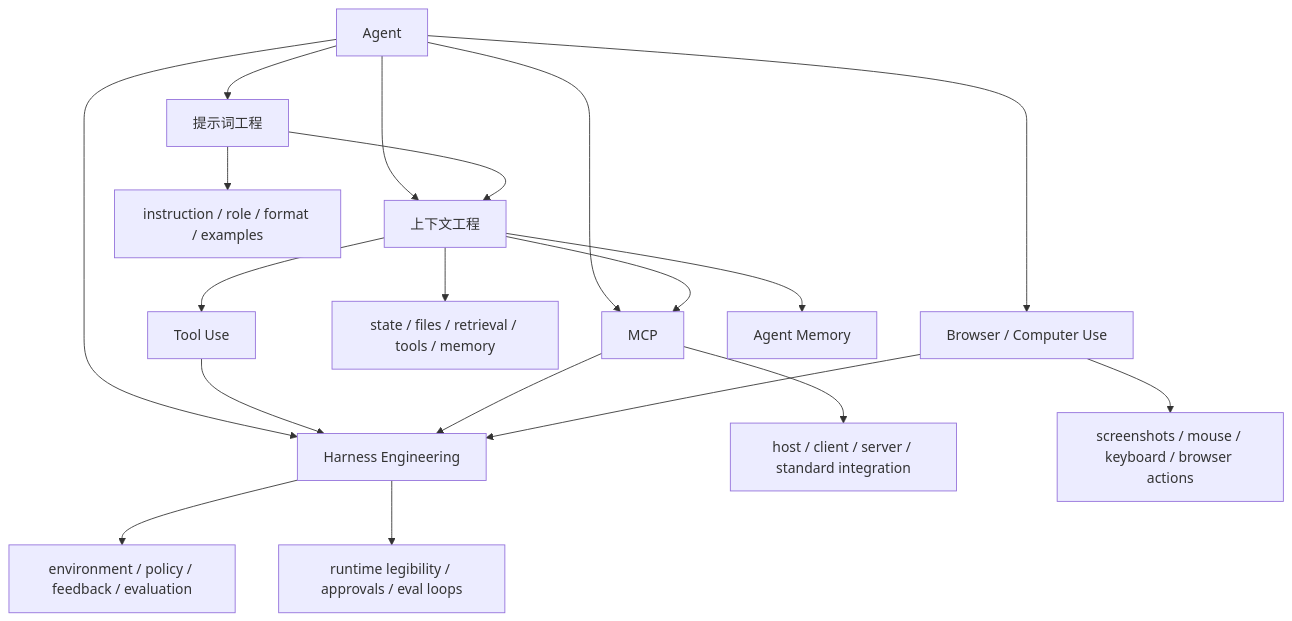
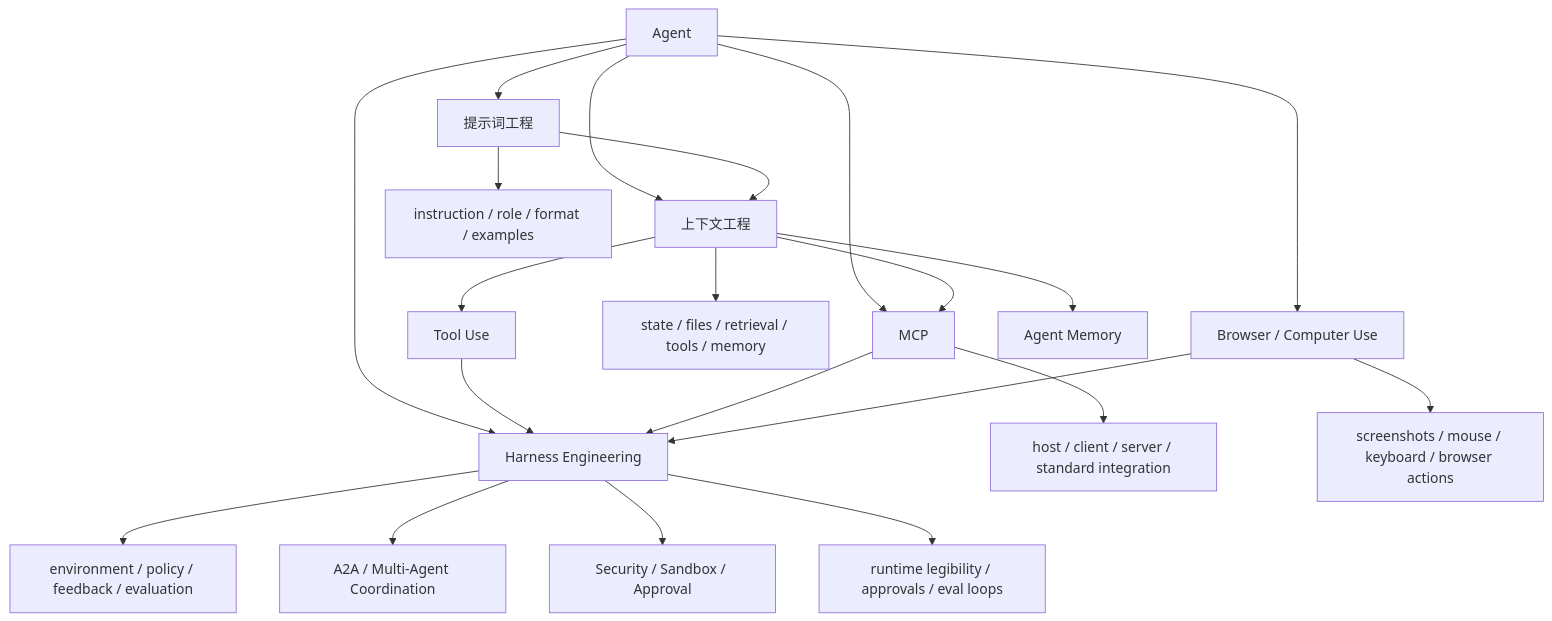
One commit to superliyang/tony-2026 changed the diagram in 01-Areas/AI-Learning/07-Maps/Agent Prompt-Context-Harness Map.md. Above: the diagram before and after it, drawn with Mermaid. The commit also changed other lines of this file and 22 other files, not shown here.

Commit message:
Complete first-pass AI agent architecture system

````diff
--- a/01-Areas/AI-Learning/07-Maps/Agent Prompt-Context-Harness Map.md
+++ b/01-Areas/AI-Learning/07-Maps/Agent Prompt-Context-Harness Map.md
@@ -15,23 +15,25 @@
 ```mermaid
 flowchart TD
   A["Agent"] --> P["提示词工程"]
   A --> C["上下文工程"]
   A --> M["MCP"]
   A --> B["Browser / Computer Use"]
   A --> H["Harness Engineering"]
 
   P --> P1["instruction / role / format / examples"]
   C --> C1["state / files / retrieval / tools / memory"]
   M --> M1["host / client / server / standard integration"]
   B --> B1["screenshots / mouse / keyboard / browser actions"]
   H --> H1["environment / policy / feedback / evaluation"]
 
   P --> C
   C --> M
   C --> T["Tool Use"]
   C --> AM["Agent Memory"]
   T --> H
   M --> H
   B --> H
+  H --> A2A["A2A / Multi-Agent Coordination"]
+  H --> S["Security / Sandbox / Approval"]
   H --> E["runtime legibility / approvals / eval loops"]
 ```
````
